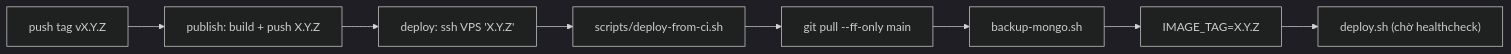
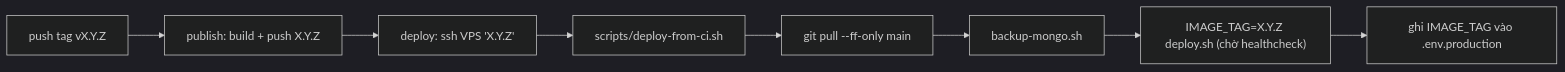
The second of 2 diagrams in docs/09-infrastructure/ci-cd.md (QuocDuy21-10/it-job-portal-be), drawn with Mermaid (dark theme) before and after one commit. The commit also changed other lines of this file and 1 other file, not shown here.

Commit message:
fix(deploy): record IMAGE_TAG only after the new version is up
The first CI deploy (v1.1.0) failed at docker pull, but the script had
already written IMAGE_TAG=1.1.0 to .env.production while the stack kept
running 1.0.0. Pass the tag to deploy.sh through the environment (it
overrides --env-file) and update the file only once deploy.sh succeeds.

````diff
--- a/docs/09-infrastructure/ci-cd.md
+++ b/docs/09-infrastructure/ci-cd.md
@@ -55,5 +55,5 @@
 ```mermaid
 flowchart LR
     T["push tag vX.Y.Z"] --> P["publish: build + push X.Y.Z"] --> D["deploy: ssh VPS 'X.Y.Z'"]
-    D --> S["scripts/deploy-from-ci.sh"] --> S1["git pull --ff-only main"] --> S2["backup-mongo.sh"] --> S3["IMAGE_TAG=X.Y.Z"] --> S4["deploy.sh (chờ healthcheck)"]
+    D --> S["scripts/deploy-from-ci.sh"] --> S1["git pull --ff-only main"] --> S2["backup-mongo.sh"] --> S3["IMAGE_TAG=X.Y.Z deploy.sh (chờ healthcheck)"] --> S4["ghi IMAGE_TAG vào .env.production"]
 ```
````
